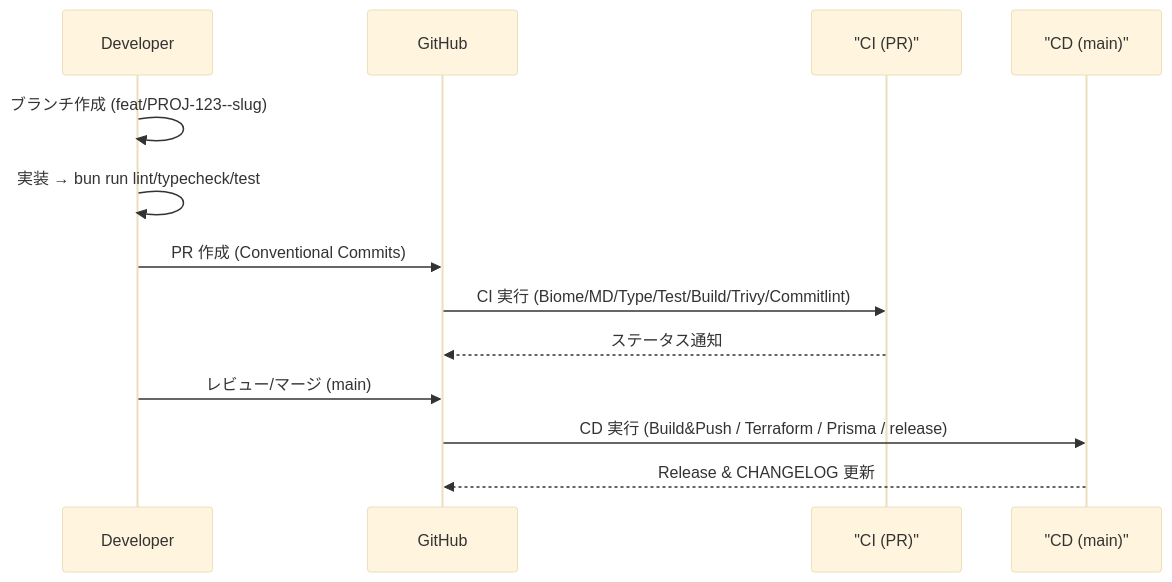
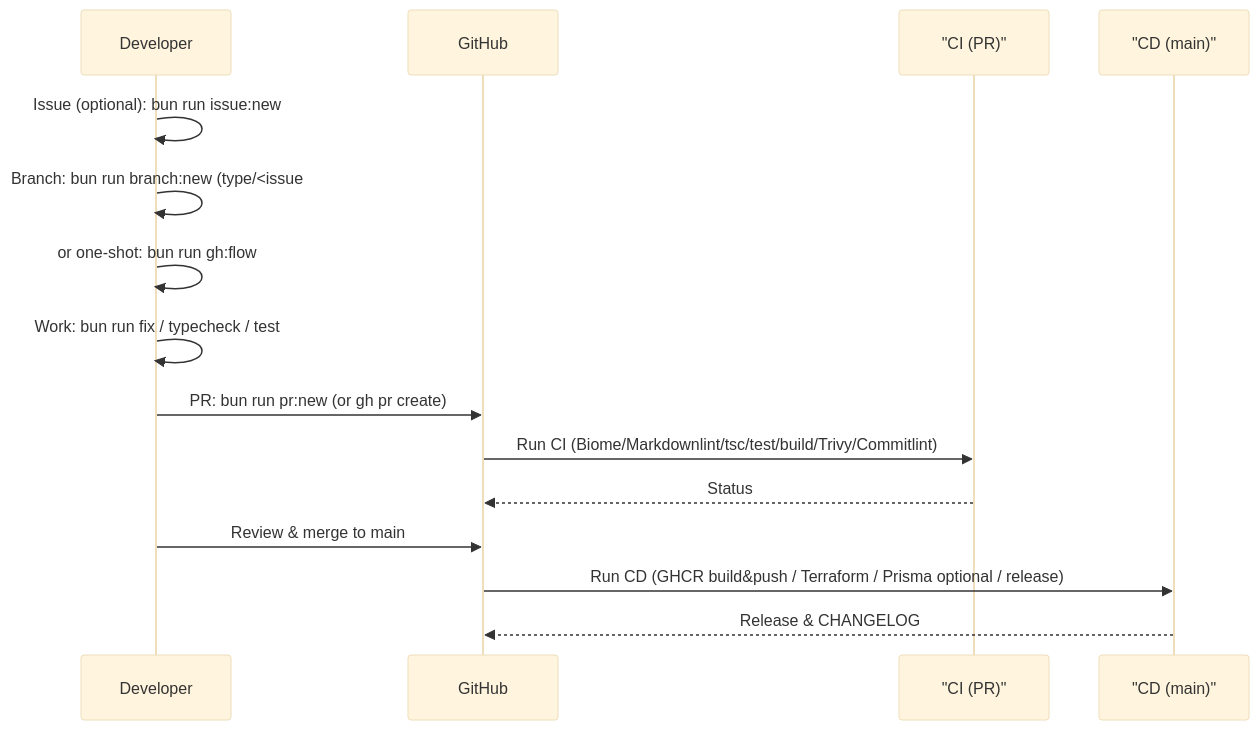
The third of 5 diagrams in DESIGN.md (Lunacea/web-template), drawn with Mermaid (base theme) before and after one commit. The commit also changed other lines of this file and 1 other file, not shown here.

````diff
--- a/DESIGN.md
+++ b/DESIGN.md
@@ -70,16 +72,18 @@
 ```mermaid
 sequenceDiagram
   participant Dev as Developer
-  participant Git as GitHub
+  participant GH as GitHub
   participant CI as "CI (PR)"
   participant CD as "CD (main)"
 
-  Dev->>Dev: ブランチ作成 (feat/PROJ-123--slug)
-  Dev->>Dev: 実装 → bun run lint/typecheck/test
-  Dev->>Git: PR 作成 (Conventional Commits)
-  Git->>CI: CI 実行 (Biome/MD/Type/Test/Build/Trivy/Commitlint)
-  CI-->>Git: ステータス通知
-  Dev->>Git: レビュー/マージ (main)
-  Git->>CD: CD 実行 (Build&Push / Terraform / Prisma / release)
-  CD-->>Git: Release & CHANGELOG 更新
+  Dev->>Dev: Issue (optional): bun run issue:new
+  Dev->>Dev: Branch: bun run branch:new (type/<issue#>--<slug>)
+  Dev->>Dev: or one-shot: bun run gh:flow
+  Dev->>Dev: Work: bun run fix / typecheck / test
+  Dev->>GH: PR: bun run pr:new (or gh pr create)
+  GH->>CI: Run CI (Biome/Markdownlint/tsc/test/build/Trivy/Commitlint)
+  CI-->>GH: Status
+  Dev->>GH: Review & merge to main
+  GH->>CD: Run CD (GHCR build&push / Terraform / Prisma optional / release)
+  CD-->>GH: Release & CHANGELOG
 ```
````
